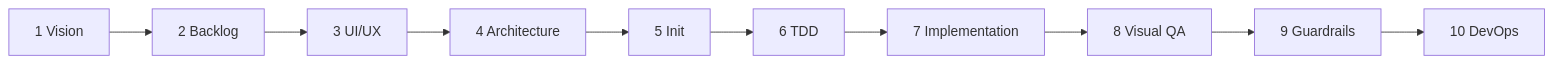
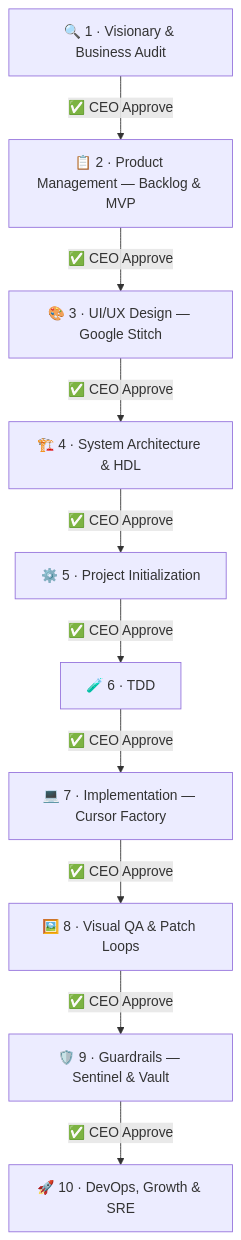
Before and after one commit to maximcoding/ai-venture-studio: the diagram in README.md, drawn with Mermaid.

Commit message:
README: switch pipeline diagram to vertical flowchart

````diff
--- a/README.md
+++ b/README.md
@@ -17,4 +17,23 @@
 ```mermaid
-flowchart LR
-  P1[1 Vision] --> P2[2 Backlog] --> P3[3 UI/UX] --> P4[4 Architecture] --> P5[5 Init] --> P6[6 TDD] --> P7[7 Implementation] --> P8[8 Visual QA] --> P9[9 Guardrails] --> P10[10 DevOps]
+flowchart TD
+  P1[🔍 1 · Visionary & Business Audit]
+  P2[📋 2 · Product Management — Backlog & MVP]
+  P3[🎨 3 · UI/UX Design — Google Stitch]
+  P4[🏗️ 4 · System Architecture & HDL]
+  P5[⚙️ 5 · Project Initialization]
+  P6[🧪 6 · TDD]
+  P7[💻 7 · Implementation — Cursor Factory]
+  P8[🖼️ 8 · Visual QA & Patch Loops]
+  P9[🛡️ 9 · Guardrails — Sentinel & Vault]
+  P10[🚀 10 · DevOps, Growth & SRE]
+
+  P1 -->|✅ CEO Approve| P2
+  P2 -->|✅ CEO Approve| P3
+  P3 -->|✅ CEO Approve| P4
+  P4 -->|✅ CEO Approve| P5
+  P5 -->|✅ CEO Approve| P6
+  P6 -->|✅ CEO Approve| P7
+  P7 -->|✅ CEO Approve| P8
+  P8 -->|✅ CEO Approve| P9
+  P9 -->|✅ CEO Approve| P10
 ```
````
